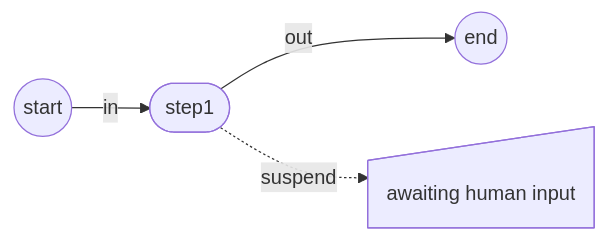
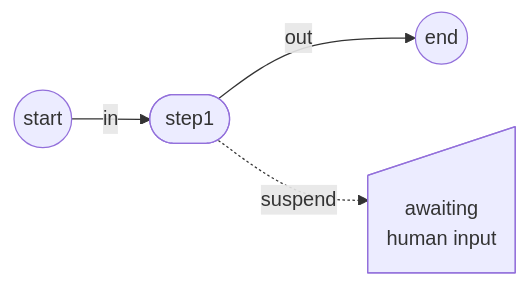
One commit to mastra-ai/mastra changed the first of 2 diagrams in docs/styleguides/DIAGRAM.md. Above: the diagram before and after it, drawn with Mermaid. The commit also changed other lines of this file and 4 other files, not shown here.

First line of the commit message:
fix(docs): address Mermaid review feedback

````diff
--- a/docs/styleguides/DIAGRAM.md
+++ b/docs/styleguides/DIAGRAM.md
@@ -43,9 +43,9 @@
 ```mermaid
 flowchart LR
   start(( start )) -- in --> step1([step1])
   step1 accent1@-- out --> stop(( end ))
-  step1 pending1@-. suspend .-> paused@{ shape: manual-input, label: "awaiting human input" }
+  step1 pending1@-. suspend .-> paused@{ shape: manual-input, label: "awaiting<br/>human input" }
 
   class paused pending
   class stop accent
 ```
````
